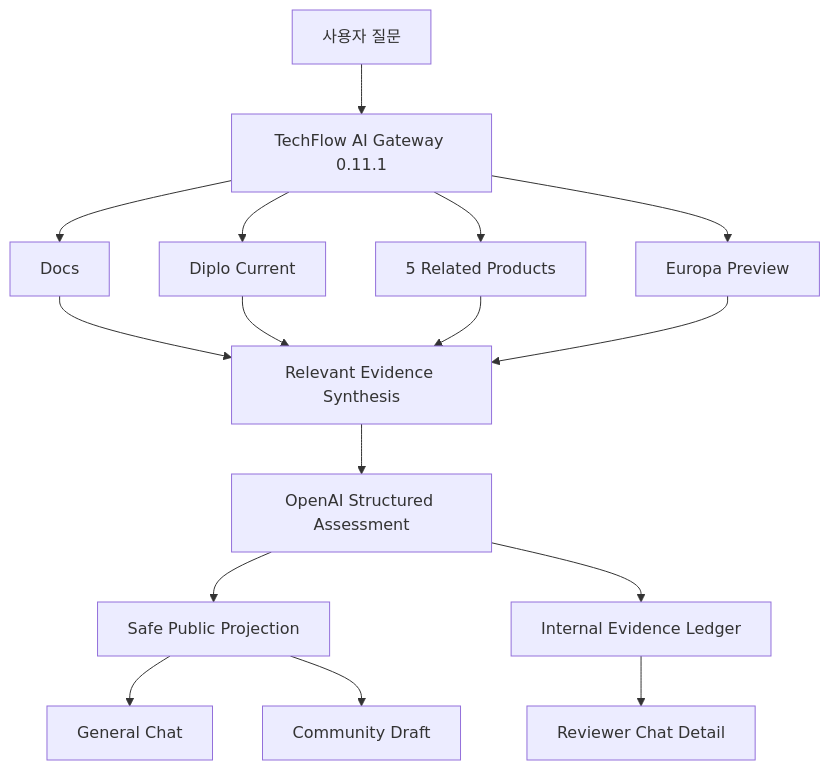
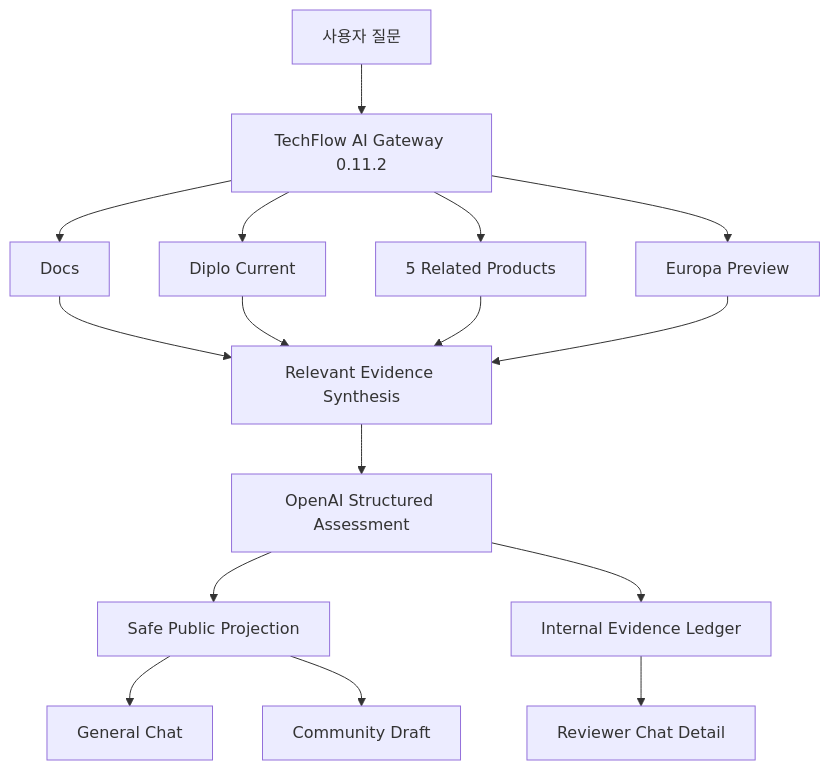
Before and after one commit to ablecloud-team/ablestack-techflow: the diagram in docs/reports/issues-62-63-versioned-safe-answer-validation.md, drawn with Mermaid. The commit also changed other lines of this file and 14 other files, not shown here.

````diff
--- a/docs/reports/issues-62-63-versioned-safe-answer-validation.md
+++ b/docs/reports/issues-62-63-versioned-safe-answer-validation.md
@@ -19,18 +19,18 @@
 ```mermaid
 flowchart TB
-    U["사용자 질문"] --> G["TechFlow AI Gateway 0.11.1"]
+    U["사용자 질문"] --> G["TechFlow AI Gateway 0.11.2"]
     G --> D["Docs"]
     G --> C["Diplo Current"]
     G --> O["5 Related Products"]
     G --> E["Europa Preview"]
     D --> X["Relevant Evidence Synthesis"]
     C --> X
     O --> X
     E --> X
     X --> R["OpenAI Structured Assessment"]
     R --> P["Safe Public Projection"]
     R --> L["Internal Evidence Ledger"]
     P --> CH["General Chat"]
     P --> CO["Community Draft"]
     L --> RV["Reviewer Chat Detail"]
 ```
````
